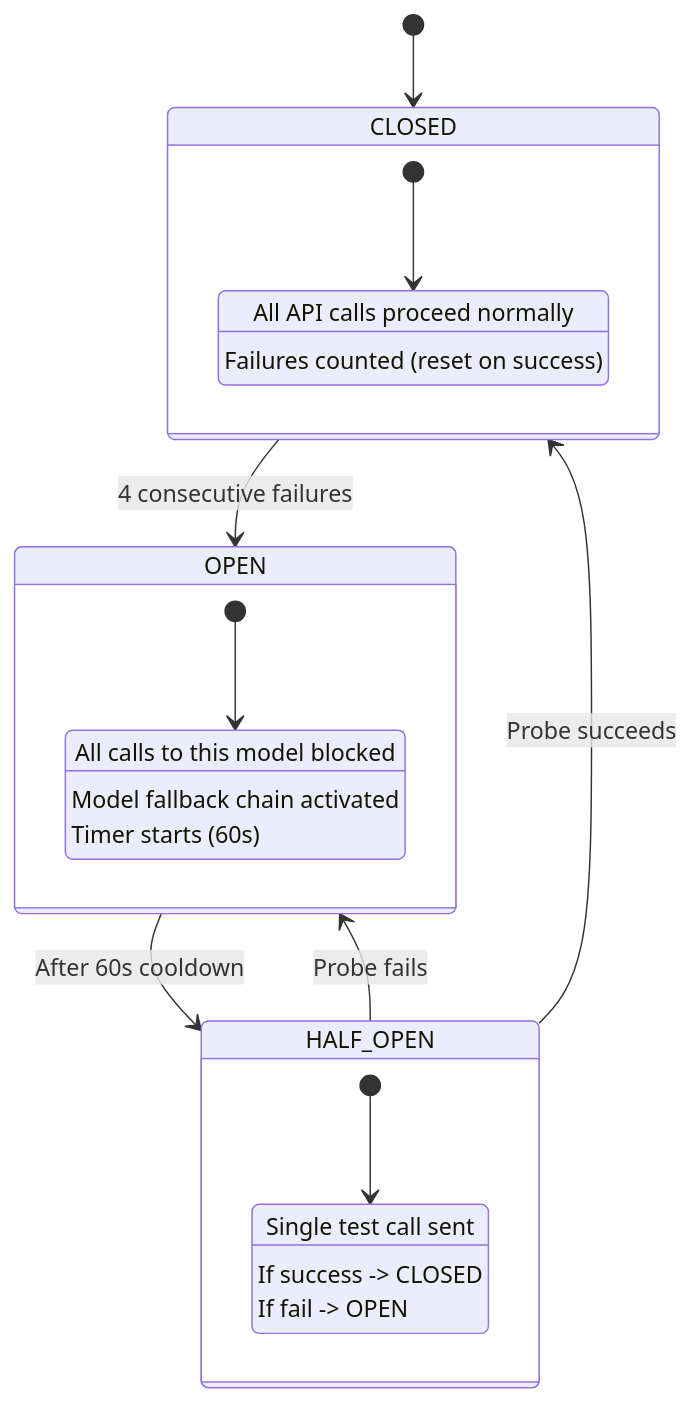
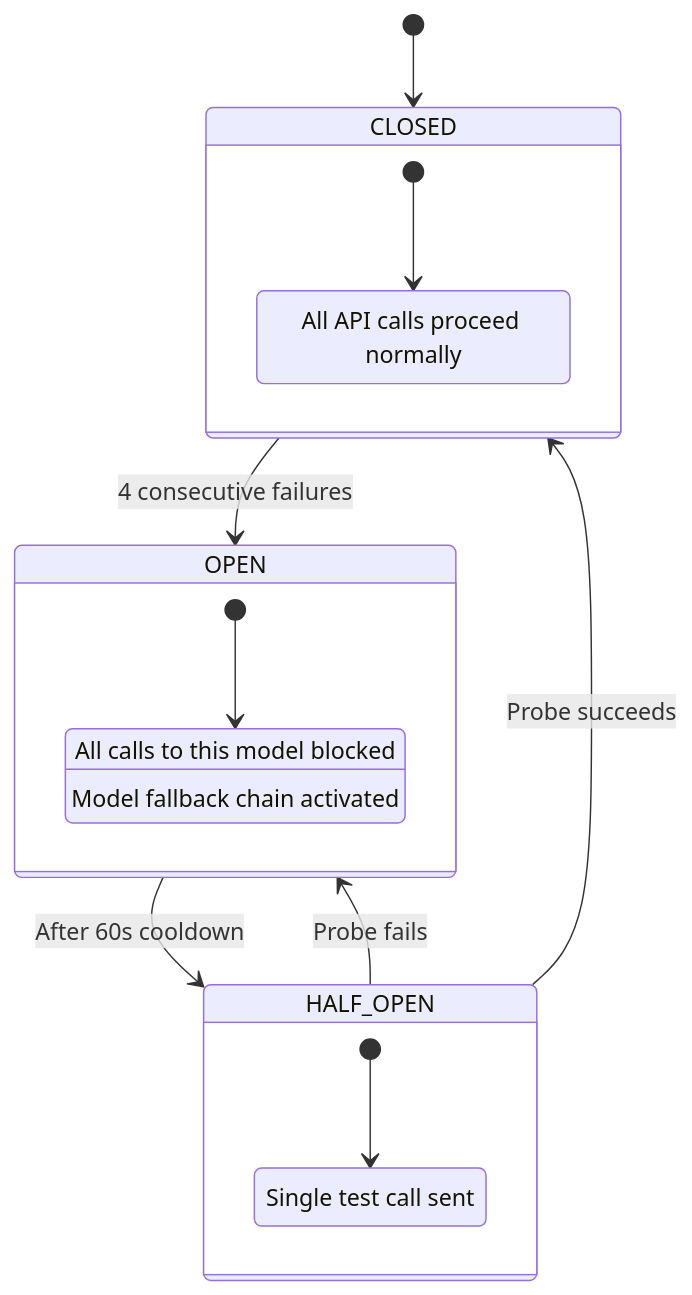
One commit to SalilBhatnagarDE/masis changed the diagram in docs_md/03_Research_Justification.md. Above: the diagram before and after it, drawn with Mermaid. The commit also changed other lines of this file and 161 other files, not shown here.

````diff
--- a/docs_md/03_Research_Justification.md
+++ b/docs_md/03_Research_Justification.md
@@ -186,28 +167,24 @@
 ```mermaid
 stateDiagram-v2
     [*] --> CLOSED
     CLOSED --> OPEN : 4 consecutive failures
     OPEN --> HALF_OPEN : After 60s cooldown
     HALF_OPEN --> CLOSED : Probe succeeds
     HALF_OPEN --> OPEN : Probe fails
 
     state CLOSED {
         [*] --> Normal
         Normal : All API calls proceed normally
-        Normal : Failures counted (reset on success)
     }
 
     state OPEN {
         [*] --> Blocked
         Blocked : All calls to this model blocked
         Blocked : Model fallback chain activated
-        Blocked : Timer starts (60s)
     }
 
     state HALF_OPEN {
         [*] --> Probing
         Probing : Single test call sent
-        Probing : If success -> CLOSED
-        Probing : If fail -> OPEN
     }
 ```
````
